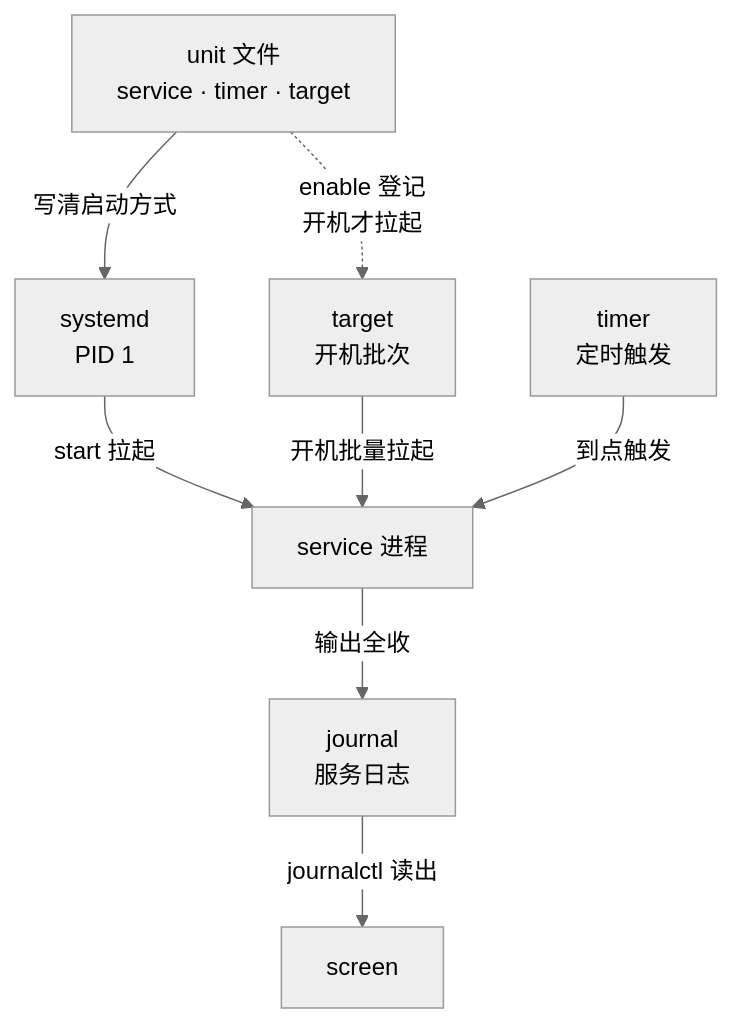
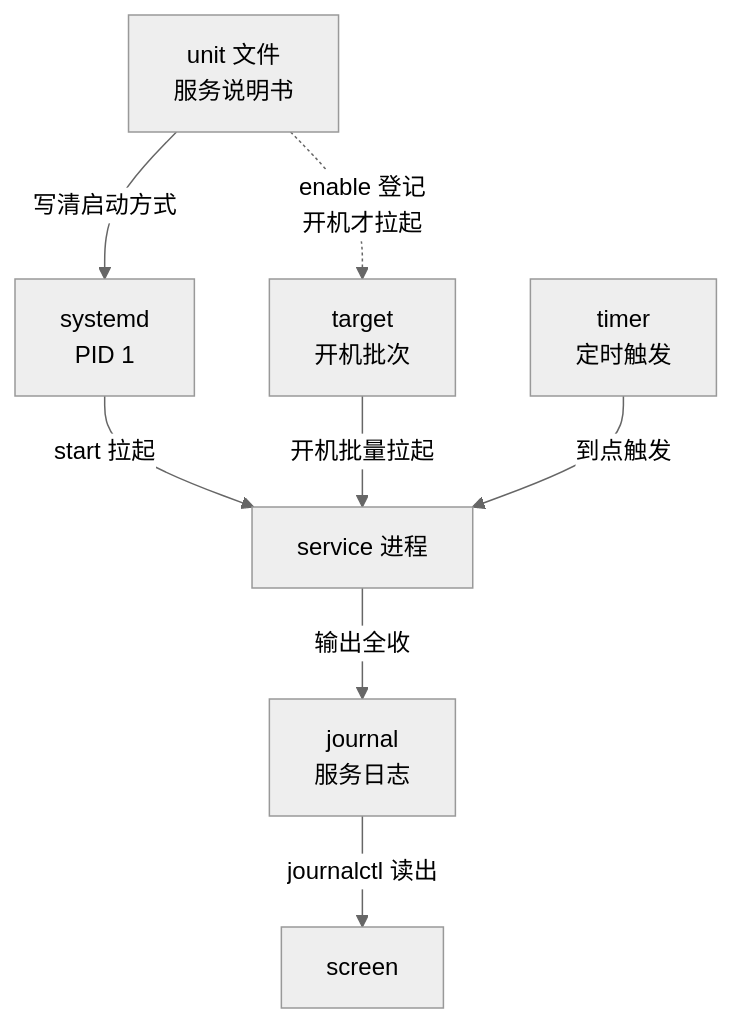
One commit to wangxiangnan/wangxiangnan.github.io changed the diagram in src/linux-command/ch11.md. Above: the diagram before and after it, drawn with Mermaid (neutral theme). The commit also changed other lines of this file and 32 other files, not shown here.

````diff
--- a/src/linux-command/ch11.md
+++ b/src/linux-command/ch11.md
@@ -14,17 +12,17 @@
 ```mermaid
 flowchart TB
-    UNIT["unit 文件<br>service · timer · target"]
+    UNIT["unit 文件<br>服务说明书"]
     SYSD["systemd<br>PID 1"]
     SVC["service 进程"]
     J["journal<br>服务日志"]
     TGT["target<br>开机批次"]
     TMR["timer<br>定时触发"]
     S["screen"]
     UNIT -->|"写清启动方式"| SYSD
     SYSD -->|"start 拉起"| SVC
     SVC -->|"输出全收"| J
     J -->|"journalctl 读出"| S
     UNIT -.->|"enable 登记<br>开机才拉起"| TGT
     TGT -->|"开机批量拉起"| SVC
     TMR -->|"到点触发"| SVC
 ```
````
